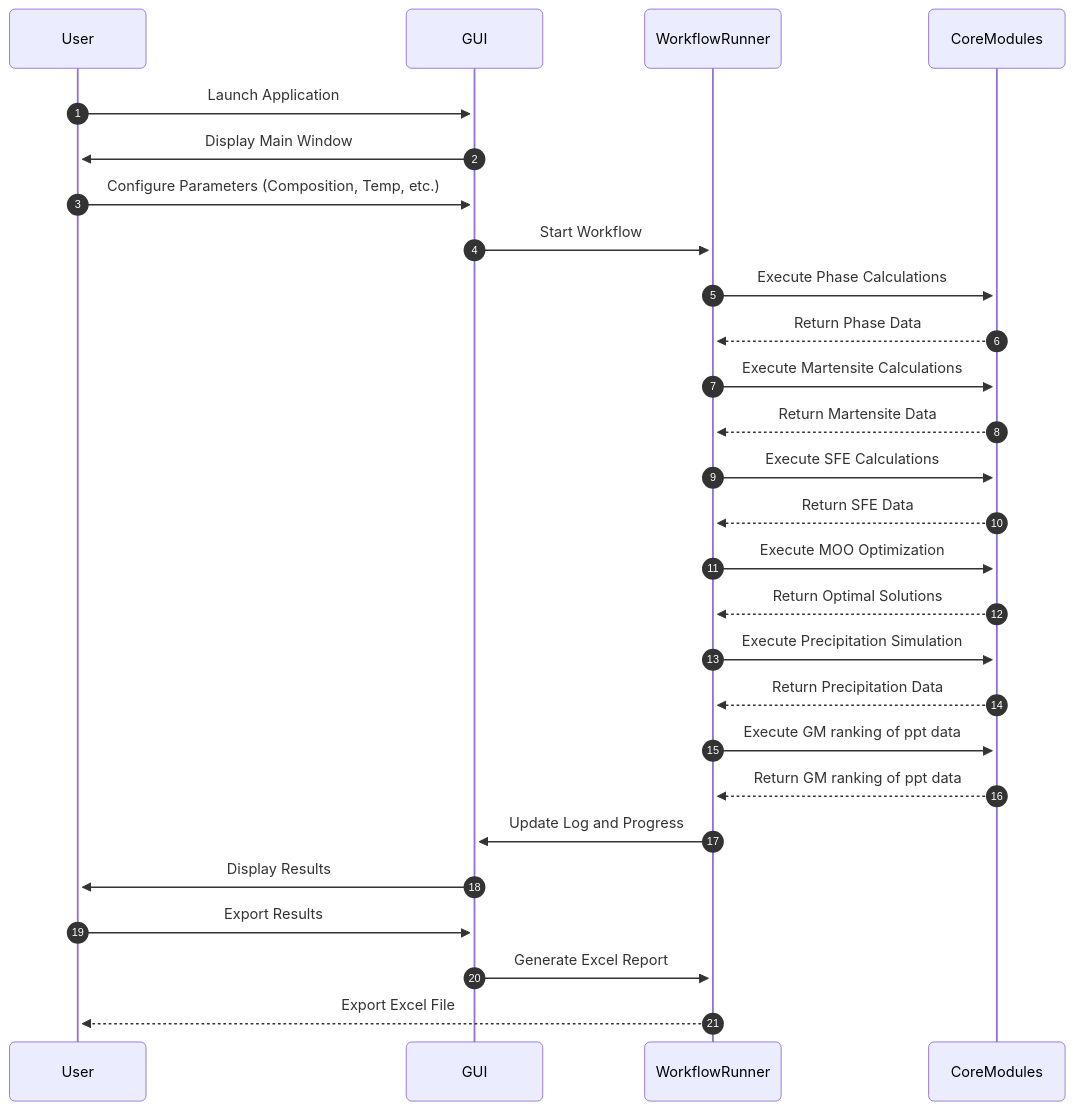
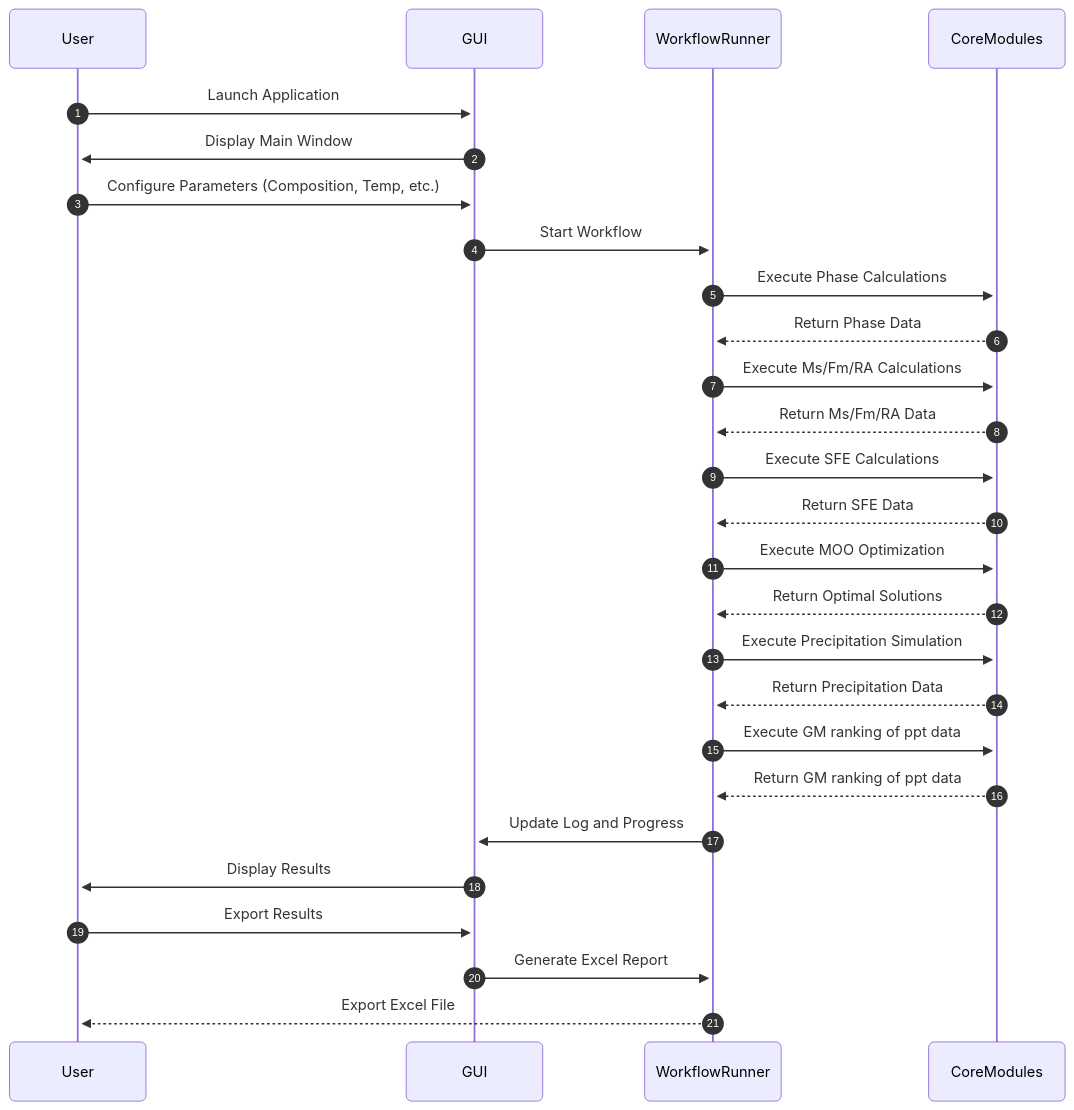
The diagram in README.md (mah-elaraby/Alloy_design_toolkit), drawn with Mermaid before and after one commit.

Commit message:
Update calculation phases in workflow diagram

````diff
--- a/README.md
+++ b/README.md
@@ -111,34 +111,34 @@
 ```mermaid
 ---
 config:
   look: neo
 ---
 sequenceDiagram
   participant User as User
   participant GUI as GUI
   participant WorkflowRunner as WorkflowRunner
   participant CoreModules as CoreModules
   autonumber
   User ->> GUI: Launch Application
   GUI ->> User: Display Main Window
   User ->> GUI: Configure Parameters (Composition, Temp, etc.)
   GUI ->> WorkflowRunner: Start Workflow
   WorkflowRunner ->> CoreModules: Execute Phase Calculations
   CoreModules -->> WorkflowRunner: Return Phase Data
-  WorkflowRunner ->> CoreModules: Execute Martensite Calculations
-  CoreModules -->> WorkflowRunner: Return Martensite Data
+  WorkflowRunner ->> CoreModules: Execute Ms/Fm/RA Calculations
+  CoreModules -->> WorkflowRunner: Return Ms/Fm/RA Data
   WorkflowRunner ->> CoreModules: Execute SFE Calculations
   CoreModules -->> WorkflowRunner: Return SFE Data
   WorkflowRunner ->> CoreModules: Execute MOO Optimization
   CoreModules -->> WorkflowRunner: Return Optimal Solutions
   WorkflowRunner ->> CoreModules: Execute Precipitation Simulation
   CoreModules -->> WorkflowRunner: Return Precipitation Data
   WorkflowRunner ->> CoreModules: Execute GM ranking of ppt data
   CoreModules -->> WorkflowRunner: Return GM ranking of ppt data
   WorkflowRunner ->> GUI: Update Log and Progress
   GUI ->> User: Display Results
   User ->> GUI: Export Results
   GUI ->> WorkflowRunner: Generate Excel Report
   WorkflowRunner -->> User: Export Excel File
 
 ```
````
